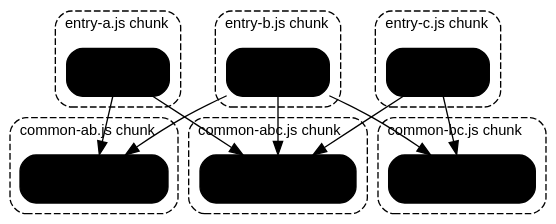
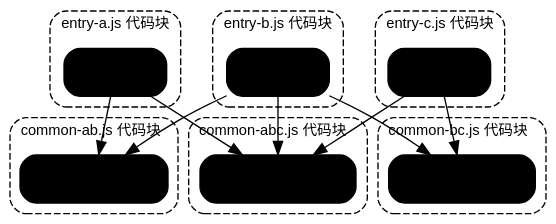
Before and after one commit to dogledogle/rolldown-docs-cn: the second of 3 diagrams in in-depth/automatic-code-splitting.md, drawn with Graphviz. The commit also changed other lines of this file and 60 other files, not shown here.

```diff
--- a/in-depth/automatic-code-splitting.md
+++ b/in-depth/automatic-code-splitting.md
@@ -166,17 +166,17 @@
     edge [fontname="Arial", fontsize=10, color="${#3c3c43|#dfdfd6}", fontcolor="${#3c3c43|#dfdfd6}"];
     newrank=true;
 
-    // Entry nodes
+    // 入口节点
     entry_a [label="entry-a.js", fillcolor="${#fff0e0|#4a2a0a}"];
     entry_b [label="entry-b.js", fillcolor="${#fff0e0|#4a2a0a}"];
     entry_c [label="entry-c.js", fillcolor="${#fff0e0|#4a2a0a}"];
 
-    // Shared module nodes
+    // 共享模块节点
     shared_ab [label="shared-by-ab.js", fillcolor="${#dbeafe|#1e3a5f}"];
     shared_bc [label="shared-by-bc.js", fillcolor="${#dbeafe|#1e3a5f}"];
     shared_abc [label="shared-by-abc.js", fillcolor="${#e0e7ff|#2e1065}"];
 
-    // Edges
+    // 边
     entry_a -> shared_ab;
     entry_a -> shared_abc;
     entry_b -> shared_ab;
@@ -185,9 +185,9 @@
     entry_c -> shared_bc;
     entry_c -> shared_abc;
 
-    // Chunk grouping
+    // 代码块分组
     subgraph cluster_chunk_a {
-        label="entry-a.js chunk";
+        label="entry-a.js 代码块";
         labeljust="l";
         fontname="Arial";
         fontsize=11;
@@ -197,7 +197,7 @@
         entry_a;
     }
     subgraph cluster_chunk_b {
-        label="entry-b.js chunk";
+        label="entry-b.js 代码块";
         labeljust="l";
         fontname="Arial";
         fontsize=11;
@@ -207,7 +207,7 @@
         entry_b;
     }
     subgraph cluster_chunk_c {
-        label="entry-c.js chunk";
+        label="entry-c.js 代码块";
         labeljust="l";
         fontname="Arial";
         fontsize=11;
@@ -217,7 +217,7 @@
         entry_c;
     }
     subgraph cluster_common_ab {
-        label="common-ab.js chunk";
+        label="common-ab.js 代码块";
         labeljust="l";
         fontname="Arial";
         fontsize=11;
@@ -227,7 +227,7 @@
         shared_ab;
     }
     subgraph cluster_common_bc {
-        label="common-bc.js chunk";
+        label="common-bc.js 代码块";
         labeljust="l";
         fontname="Arial";
         fontsize=11;
@@ -237,7 +237,7 @@
         shared_bc;
     }
     subgraph cluster_common_abc {
-        label="common-abc.js chunk";
+        label="common-abc.js 代码块";
         labeljust="l";
         fontname="Arial";
         fontsize=11;
```
